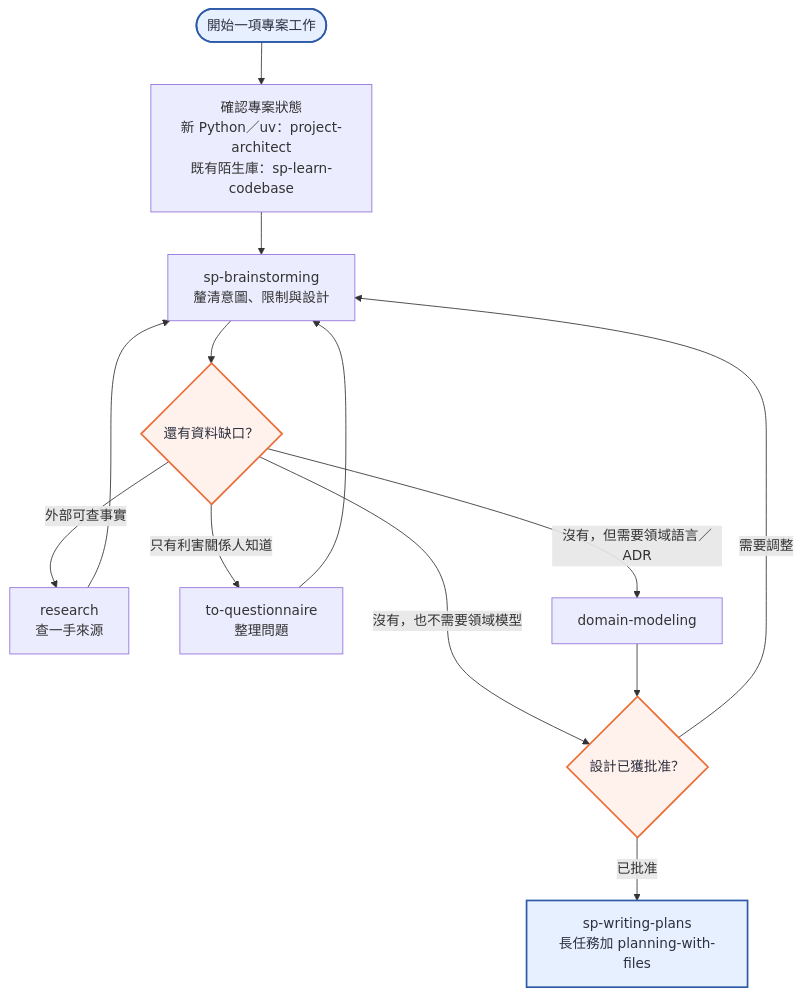
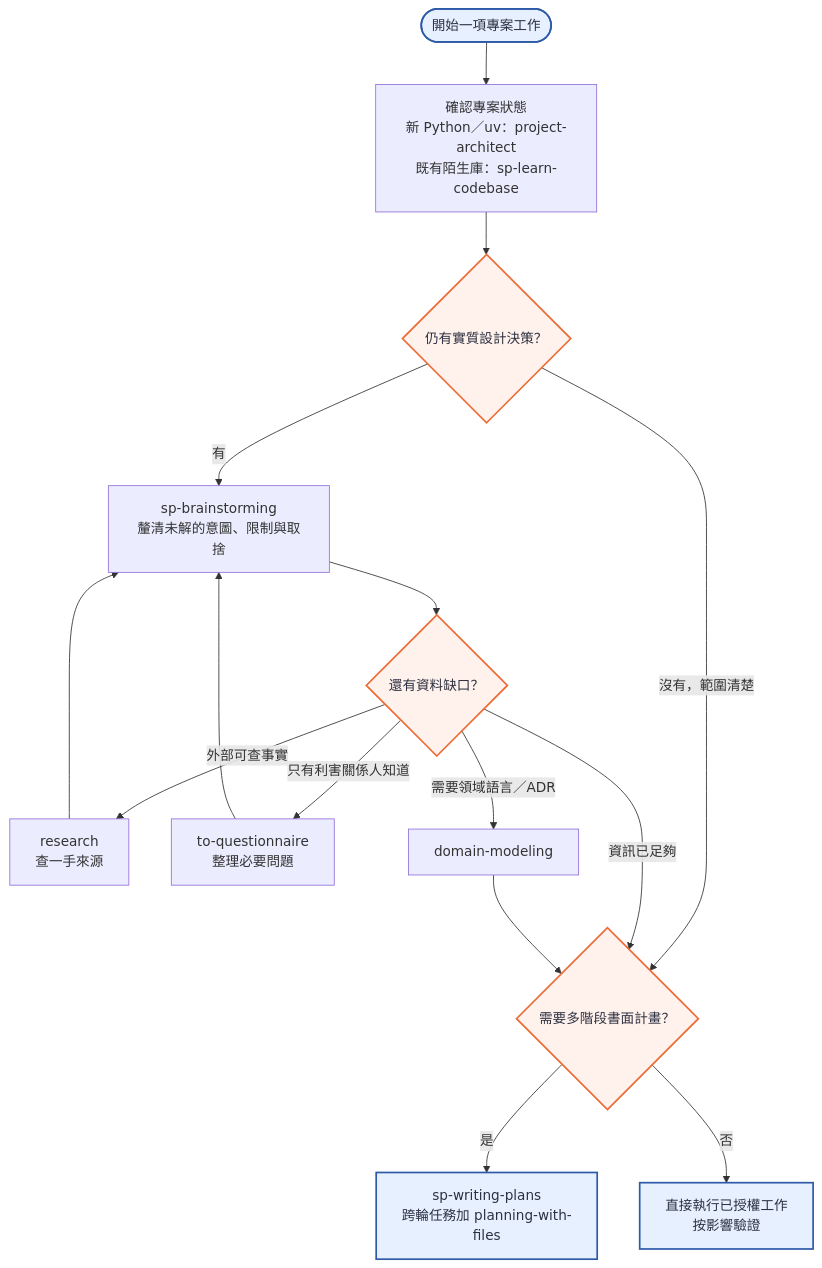
Before and after one commit to ddmanyes/agent-skills-toolkit-zh-tw: the first of 3 diagrams in 新專案工作流.md, drawn with Mermaid. The commit also changed other lines of this file and 154 other files, not shown here.

````diff
--- a/新專案工作流.md
+++ b/新專案工作流.md
@@ -11,20 +11,22 @@
 ```mermaid
 flowchart TD
     Start([開始一項專案工作]) --> Context["確認專案狀態<br/>新 Python／uv：project-architect<br/>既有陌生庫：sp-learn-codebase"]
-    Context --> Brain["sp-brainstorming<br/>釐清意圖、限制與設計"]
+    Context --> Need{"仍有實質設計決策？"}
+    Need -->|沒有，範圍清楚| Scope{"需要多階段書面計畫？"}
+    Need -->|有| Brain["sp-brainstorming<br/>釐清未解的意圖、限制與取捨"]
     Brain --> Gap{"還有資料缺口？"}
     Gap -->|外部可查事實| Research["research<br/>查一手來源"]
-    Gap -->|只有利害關係人知道| Questions["to-questionnaire<br/>整理問題"]
+    Gap -->|只有利害關係人知道| Questions["to-questionnaire<br/>整理必要問題"]
     Research --> Brain
     Questions --> Brain
-    Gap -->|沒有，但需要領域語言／ADR| Domain["domain-modeling"]
-    Gap -->|沒有，也不需要領域模型| Approval{"設計已獲批准？"}
-    Domain --> Approval
-    Approval -->|需要調整| Brain
-    Approval -->|已批准| Plan["sp-writing-plans<br/>長任務加 planning-with-files"]
+    Gap -->|需要領域語言／ADR| Domain["domain-modeling"]
+    Gap -->|資訊已足夠| Scope
+    Domain --> Scope
+    Scope -->|是| Plan["sp-writing-plans<br/>跨輪任務加 planning-with-files"]
+    Scope -->|否| Direct["直接執行已授權工作<br/>按影響驗證"]
 
     classDef startEnd fill:#e6f0ff,stroke:#2e5aa8,stroke-width:2px,color:#2d3142;
     classDef gate fill:#fff1eb,stroke:#eb6c36,stroke-width:2px,color:#2d3142;
-    class Start,Plan startEnd;
-    class Gap,Approval gate;
+    class Start,Plan,Direct startEnd;
+    class Gap,Need,Scope gate;
 ```
````
